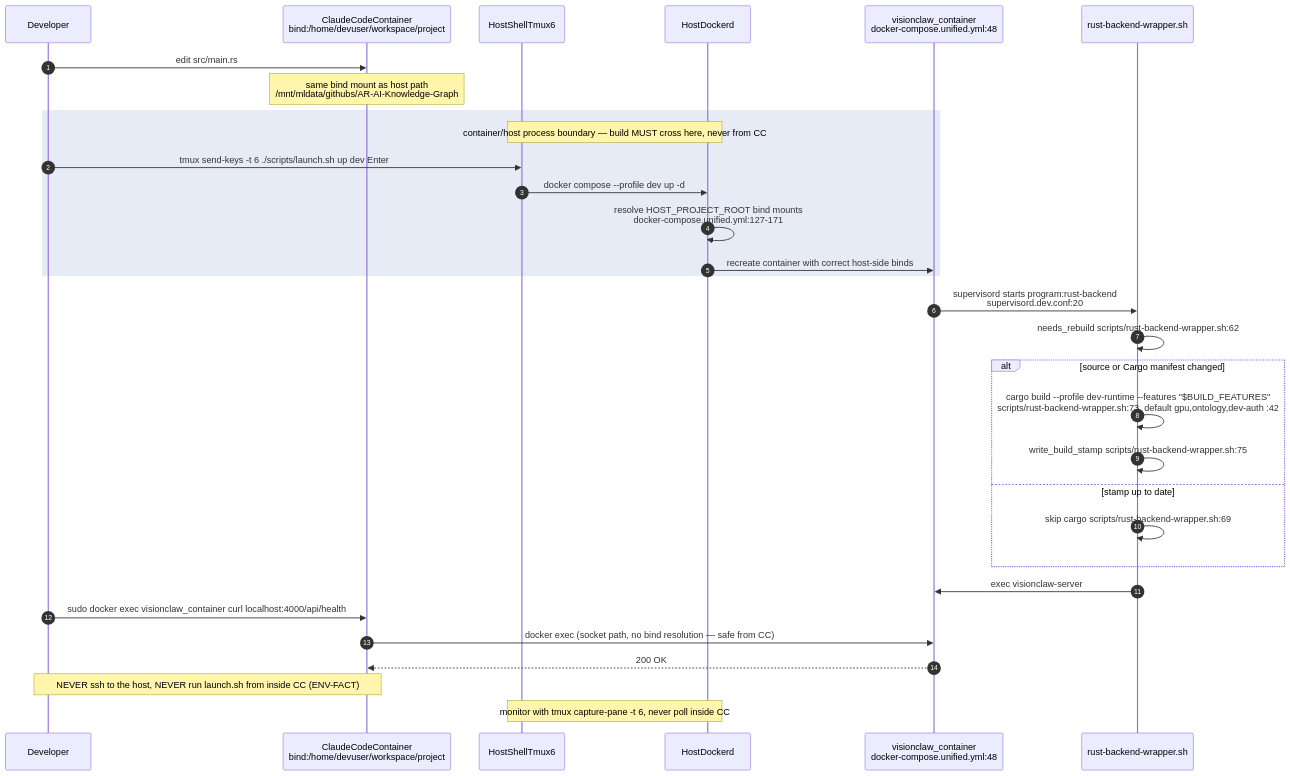
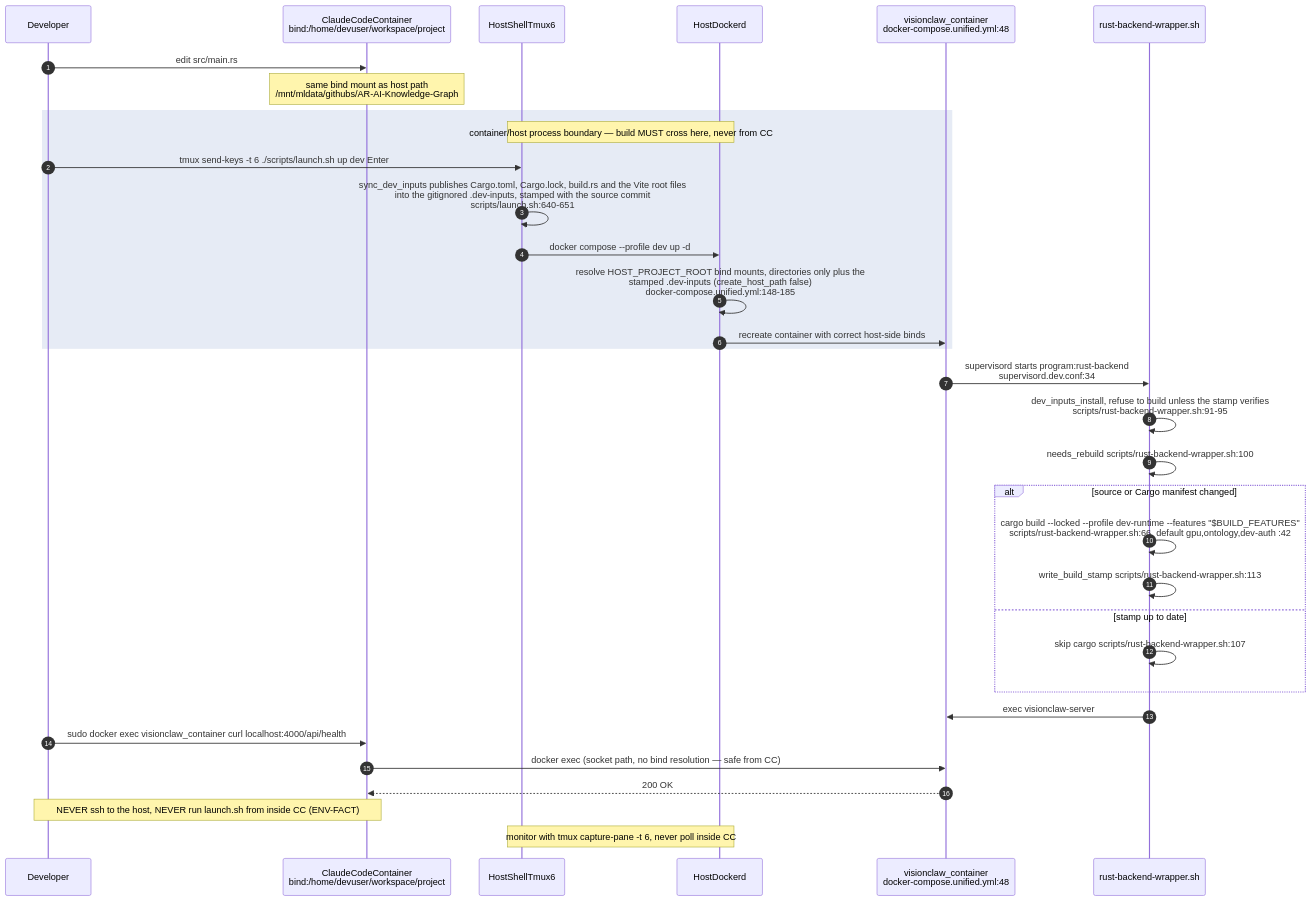
The second of 24 diagrams in docs/diagrams/estate/09-build-deploy-and-ci-estate.md (DreamLab-AI/VisionFlow), drawn with Mermaid before and after one commit. The commit also changed other lines of this file and 160 other files, not shown here.

````diff
--- a/docs/diagrams/estate/09-build-deploy-and-ci-estate.md
+++ b/docs/diagrams/estate/09-build-deploy-and-ci-estate.md
@@ -123,34 +123,36 @@
 ```mermaid
 sequenceDiagram
     autonumber
     participant Dev as Developer
     participant CC as ClaudeCodeContainer<br/>bind:/home/devuser/workspace/project
     participant T6 as HostShellTmux6
     participant DD as HostDockerd
     participant DC as visionclaw_container<br/>docker-compose.unified.yml:48
     participant W as rust-backend-wrapper.sh
 
     Dev->>CC: edit src/main.rs
     Note over CC: same bind mount as host path<br/>/mnt/mldata/githubs/AR-AI-Knowledge-Graph
     rect rgb(230,235,245)
     Note over T6,DD: container/host process boundary — build MUST cross here, never from CC
     Dev->>T6: tmux send-keys -t 6 ./scripts/launch.sh up dev Enter
+    T6->>T6: sync_dev_inputs publishes Cargo.toml, Cargo.lock, build.rs and the Vite root files<br/>into the gitignored .dev-inputs, stamped with the source commit<br/>scripts/launch.sh:640-651
     T6->>DD: docker compose --profile dev up -d
-    DD->>DD: resolve HOST_PROJECT_ROOT bind mounts<br/>docker-compose.unified.yml:127-171
+    DD->>DD: resolve HOST_PROJECT_ROOT bind mounts, directories only plus the<br/>stamped .dev-inputs (create_host_path false)<br/>docker-compose.unified.yml:148-185
     DD->>DC: recreate container with correct host-side binds
     end
-    DC->>W: supervisord starts program:rust-backend<br/>supervisord.dev.conf:20
-    W->>W: needs_rebuild scripts/rust-backend-wrapper.sh:62
+    DC->>W: supervisord starts program:rust-backend<br/>supervisord.dev.conf:34
+    W->>W: dev_inputs_install, refuse to build unless the stamp verifies<br/>scripts/rust-backend-wrapper.sh:91-95
+    W->>W: needs_rebuild scripts/rust-backend-wrapper.sh:100
     alt source or Cargo manifest changed
-        W->>W: cargo build --profile dev-runtime --features "$BUILD_FEATURES"<br/>scripts/rust-backend-wrapper.sh:73, default gpu,ontology,dev-auth :42
-        W->>W: write_build_stamp scripts/rust-backend-wrapper.sh:75
+        W->>W: cargo build --locked --profile dev-runtime --features "$BUILD_FEATURES"<br/>scripts/rust-backend-wrapper.sh:66, default gpu,ontology,dev-auth :42
+        W->>W: write_build_stamp scripts/rust-backend-wrapper.sh:113
     else stamp up to date
-        W->>W: skip cargo scripts/rust-backend-wrapper.sh:69
+        W->>W: skip cargo scripts/rust-backend-wrapper.sh:107
     end
     W->>DC: exec visionclaw-server
     Dev->>CC: sudo docker exec visionclaw_container curl localhost:4000/api/health
     CC->>DC: docker exec (socket path, no bind resolution — safe from CC)
     DC-->>CC: 200 OK
     Note over Dev,CC: NEVER ssh to the host, NEVER run launch.sh from inside CC (ENV-FACT)
     Note over T6,DD: monitor with tmux capture-pane -t 6, never poll inside CC
 ```
````
